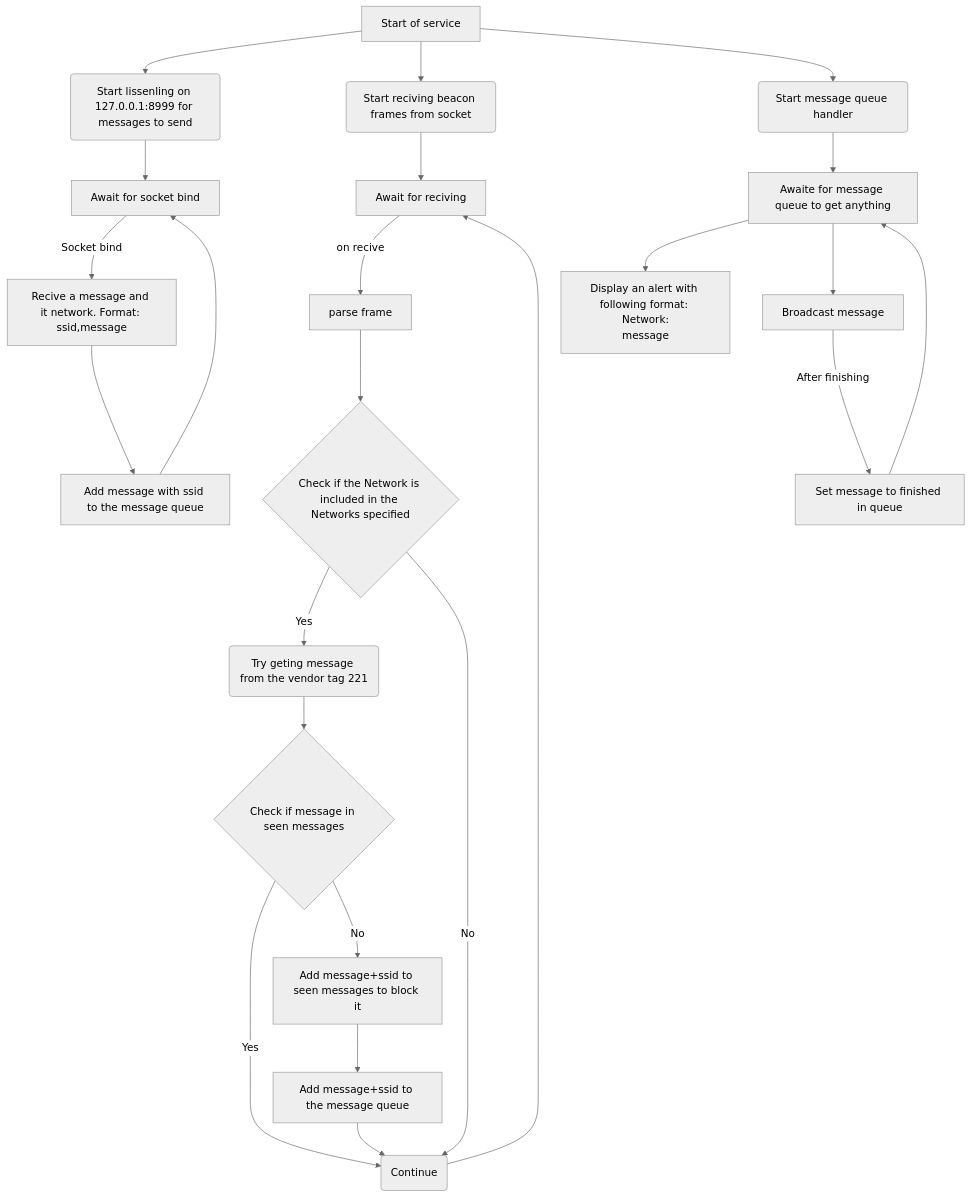
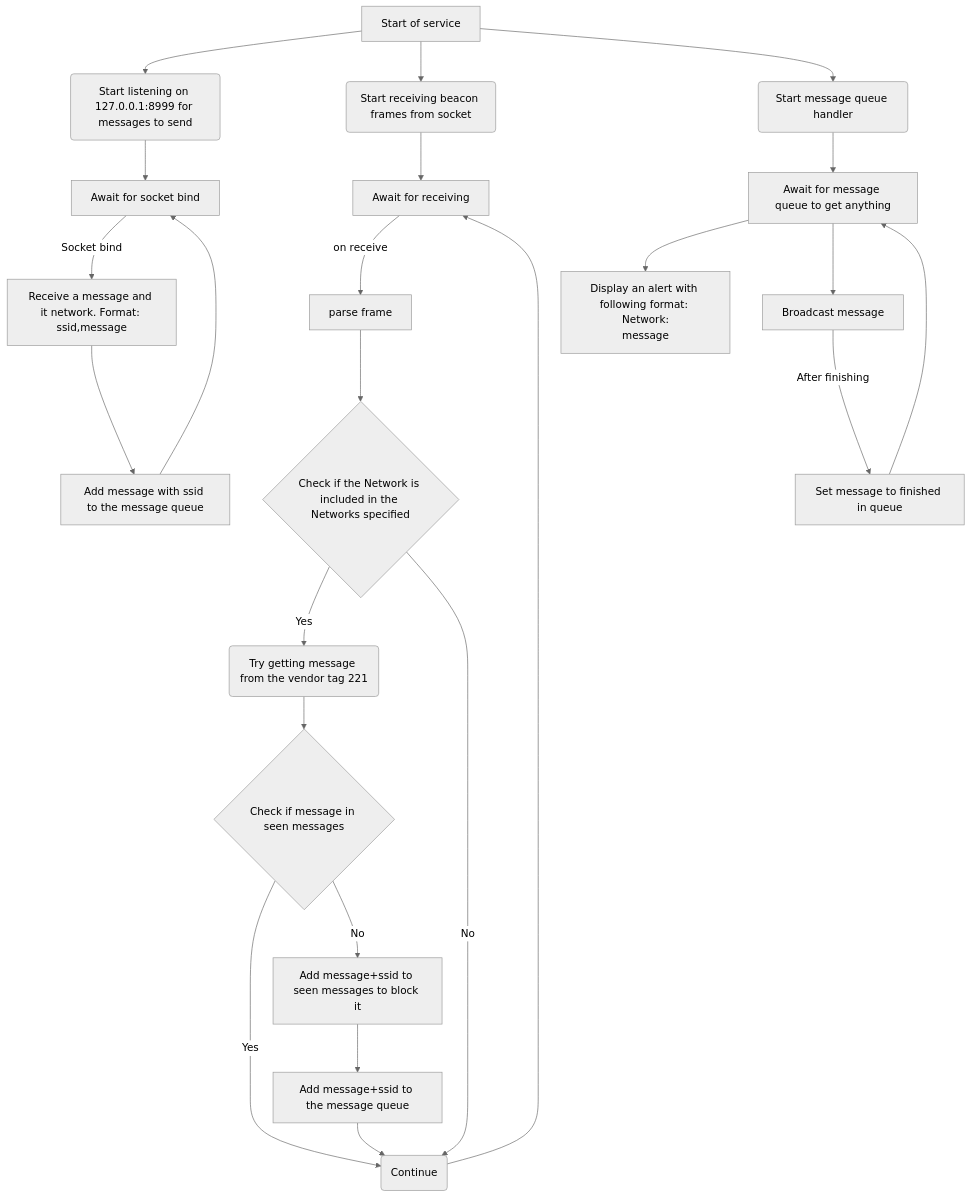
The diagram in library/user/pager2pager/README.md (hak5/wifipineapplepager-payloads), drawn with Mermaid (neutral theme) before and after one commit.

Commit message:
Fix typos in README.md

````diff
--- a/library/user/pager2pager/README.md
+++ b/library/user/pager2pager/README.md
@@ -45,32 +45,32 @@
 ```mermaid
 flowchart TD
-    A[Start of service] --> B(Start lissenling on 127.0.0.1:8999 for messages to send)
-    A --> C(Start reciving beacon frames from socket)
+    A[Start of service] --> B(Start listening on 127.0.0.1:8999 for messages to send)
+    A --> C(Start receiving beacon frames from socket)
     A --> D(Start message queue handler)
 
     B --> BA[Await for socket bind]
-    BA -->|Socket bind| BB[Recive a message and it network. Format: ssid,message]
+    BA -->|Socket bind| BB[Receive a message and it network. Format: ssid,message]
     BB --> BC[Add message with ssid to the message queue]
     BC --> BA
 
-    C --> CC[Await for reciving]
-    CC -->|on recive| CA[parse frame]
+    C --> CC[Await for receiving]
+    CC -->|on receive| CA[parse frame]
     CA --> CB{Check if the Network is included in the Networks specified}
-    CB -->|Yes| CBA(Try geting message from the vendor tag 221)
+    CB -->|Yes| CBA(Try getting message from the vendor tag 221)
     CB -->|No| CBD(Continue)
     CBD --> CC
     CBA --> CBB{Check if message in seen messages}
     CBB -->|Yes| CBD
     CBB -->|No| CBBB[Add message+ssid to seen messages to block it]
     CBBB --> CBBC[Add message+ssid to the message queue]
     CBBC --> CBD
 
-    D --> DA[Awaite for message queue to get anything]
+    D --> DA[Await for message queue to get anything]
     DA --> DAA[Display an alert with following format: 
 Network:
 message
     ]
     DA --> DAB[Broadcast message]
     DAB -->|After finishing| DAC[Set message to finished in queue]
     DAC --> DA
 ```
````
